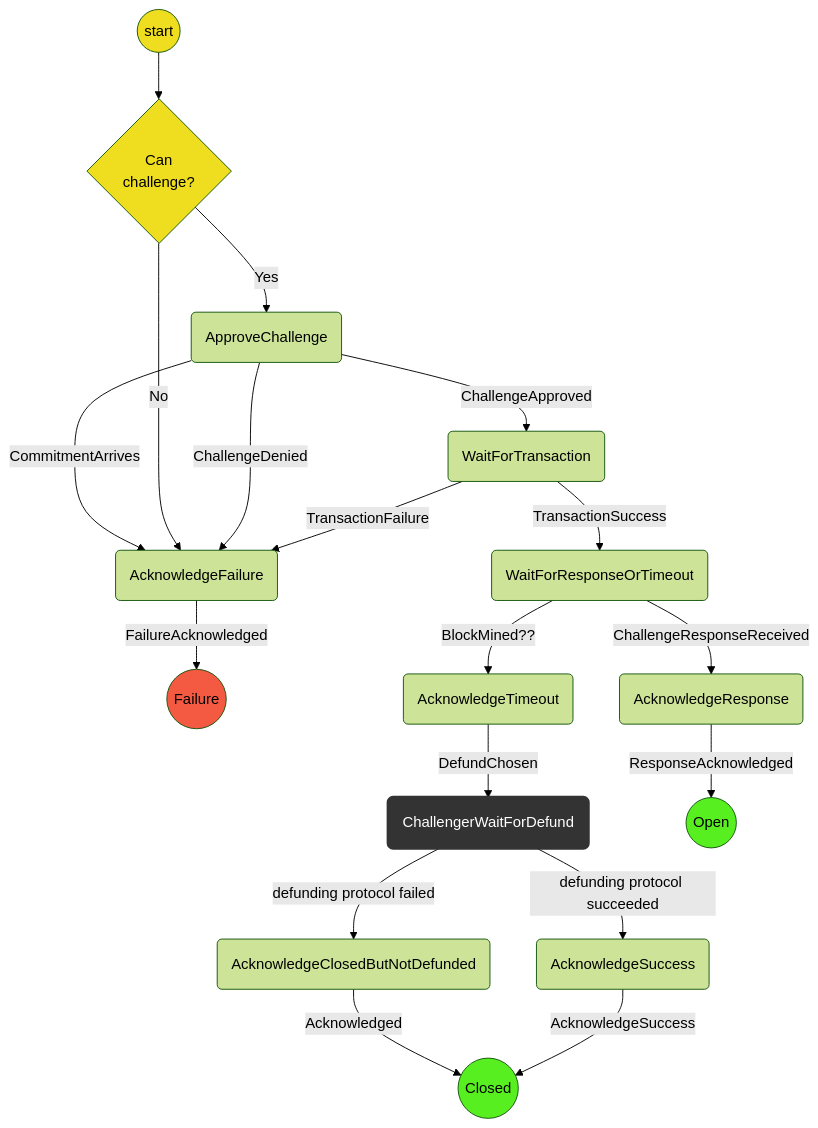
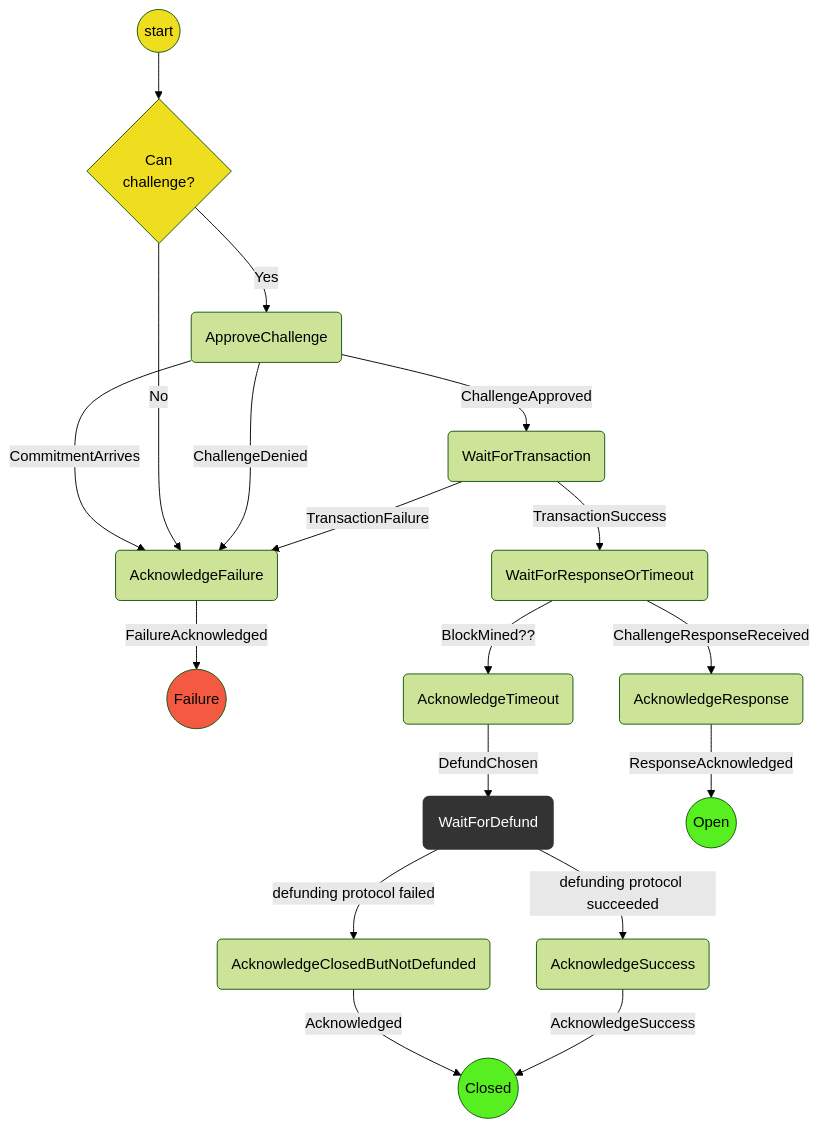
The diagram in packages/wallet/src/redux/protocols/challenging/readme.md (magmo/apps), drawn with Mermaid (forest theme) before and after one commit. The commit also changed 4 other files, not shown here.

````diff
--- a/packages/wallet/src/redux/protocols/challenging/readme.md
+++ b/packages/wallet/src/redux/protocols/challenging/readme.md
@@ -21,29 +21,29 @@
 ```mermaid
 graph TD
 linkStyle default interpolate basis
   S((start)) --> CE{Can<br/>challenge?}
   CE --> |Yes| WFA(ApproveChallenge)
   WFA --> |CommitmentArrives| AF
   WFA --> |ChallengeApproved| WFT(WaitForTransaction)
   CE --> |No| AF
   WFA --> |ChallengeDenied| AF(AcknowledgeFailure)
   AF --> |FailureAcknowledged| F((Failure))
   WFT --> |TransactionSuccess| WFRT(WaitForResponseOrTimeout)
   WFT --> |TransactionFailure| AF
   WFRT --> |BlockMined??| AT(AcknowledgeTimeout)
-  AT --> |DefundChosen| D(ChallengerWaitForDefund)
+  AT --> |DefundChosen| D(WaitForDefund)
   D   --> |defunding protocol succeeded| AS(AcknowledgeSuccess)
   D   --> |defunding protocol failed| ACBND(AcknowledgeClosedButNotDefunded)
   ACBND -->|Acknowledged| SC((Closed))
   AS -->|AcknowledgeSuccess| SC((Closed))
   WFRT --> |ChallengeResponseReceived| AR(AcknowledgeResponse)
   AR --> |ResponseAcknowledged| SP((Open))
   classDef logic fill:#efdd20;
   classDef Success fill:#58ef21;
   classDef Failure fill:#f45941;
   classDef WaitForChildProtocol stroke:#333,stroke-width:4px,color:#ffff,fill:#333;
   class S,CE logic;
   class SP,SC Success;
   class F Failure;
   class D WaitForChildProtocol;
 ```
````
